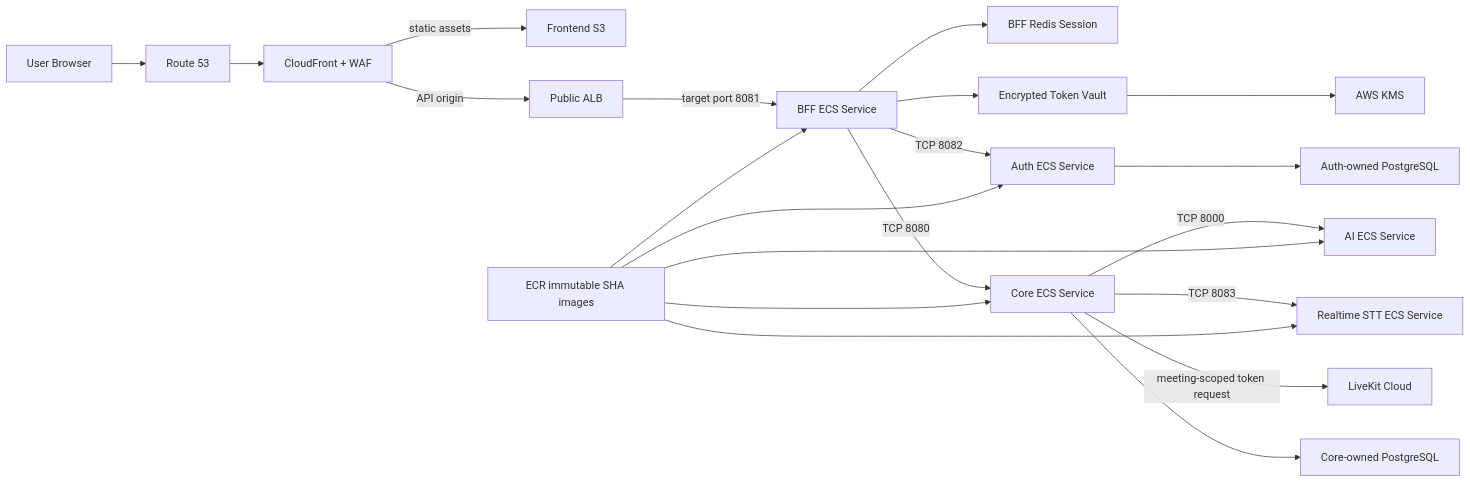
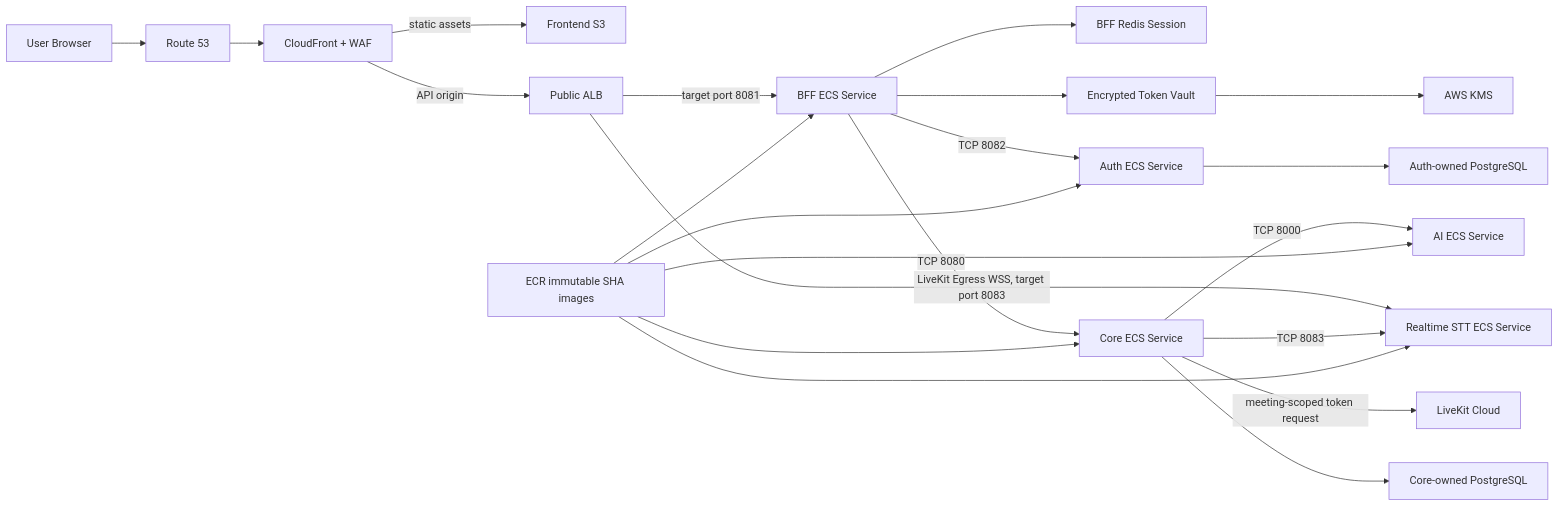
One commit to Meeting-Mind/MeetingMind changed the diagram in specs/002-bff-auth-msa/plan.md. Above: the diagram before and after it, drawn with Mermaid. The commit also changed other lines of this file and 8 other files, not shown here.

````diff
--- a/specs/002-bff-auth-msa/plan.md
+++ b/specs/002-bff-auth-msa/plan.md
@@ -32,23 +32,24 @@
 ```mermaid
 flowchart LR
     Browser["User Browser"] --> Route53["Route 53"]
     Route53 --> Edge["CloudFront + WAF"]
     Edge -->|"static assets"| S3["Frontend S3"]
     Edge -->|"API origin"| ALB["Public ALB"]
     ALB -->|"target port 8081"| BFF["BFF ECS Service"]
+    ALB -->|"LiveKit Egress WSS, target port 8083"| STT
     BFF --> Session["BFF Redis Session"]
     BFF --> Vault["Encrypted Token Vault"]
     BFF -->|"TCP 8082"| Auth["Auth ECS Service"]
     BFF -->|"TCP 8080"| Core["Core ECS Service"]
     Core -->|"TCP 8000"| AI["AI ECS Service"]
     Core -->|"TCP 8083"| STT["Realtime STT ECS Service"]
     Core -->|"meeting-scoped token request"| LiveKit["LiveKit Cloud"]
     Auth --> AuthDb["Auth-owned PostgreSQL"]
     Core --> CoreDb["Core-owned PostgreSQL"]
     Vault --> Kms["AWS KMS"]
     ECR["ECR immutable SHA images"] --> BFF
     ECR --> Auth
     ECR --> Core
     ECR --> AI
     ECR --> STT
 ```
````
